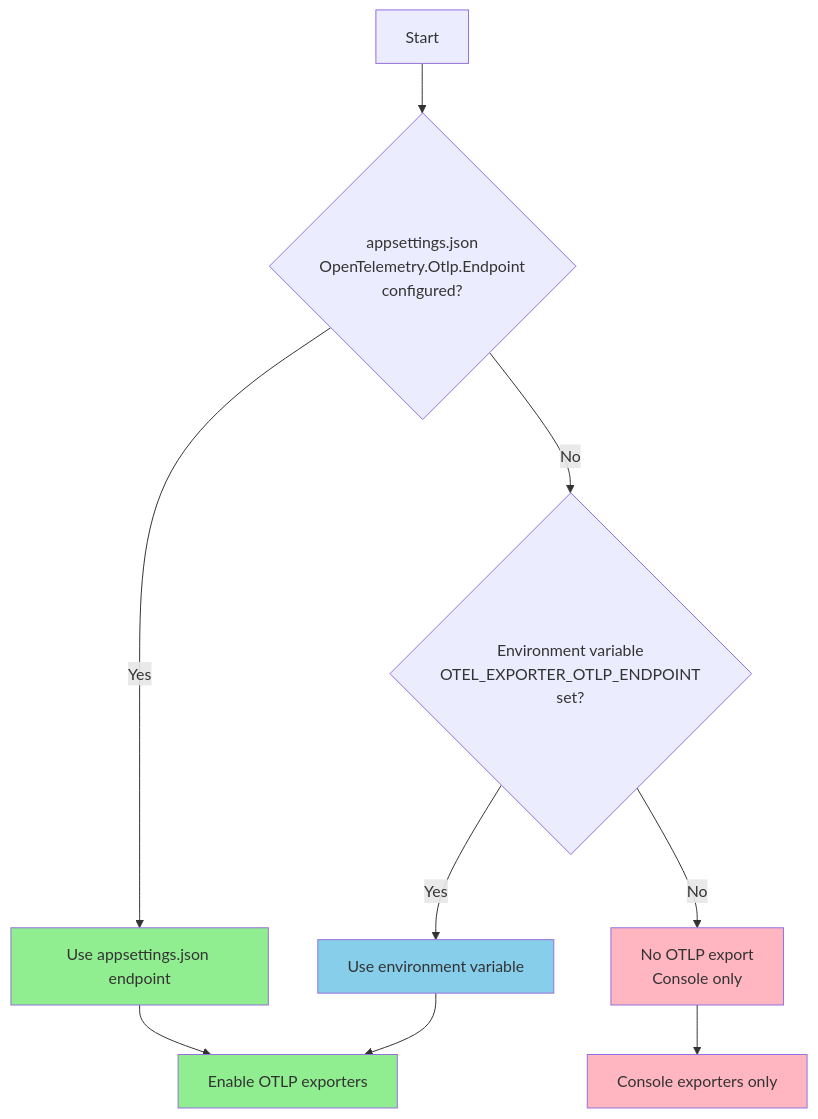
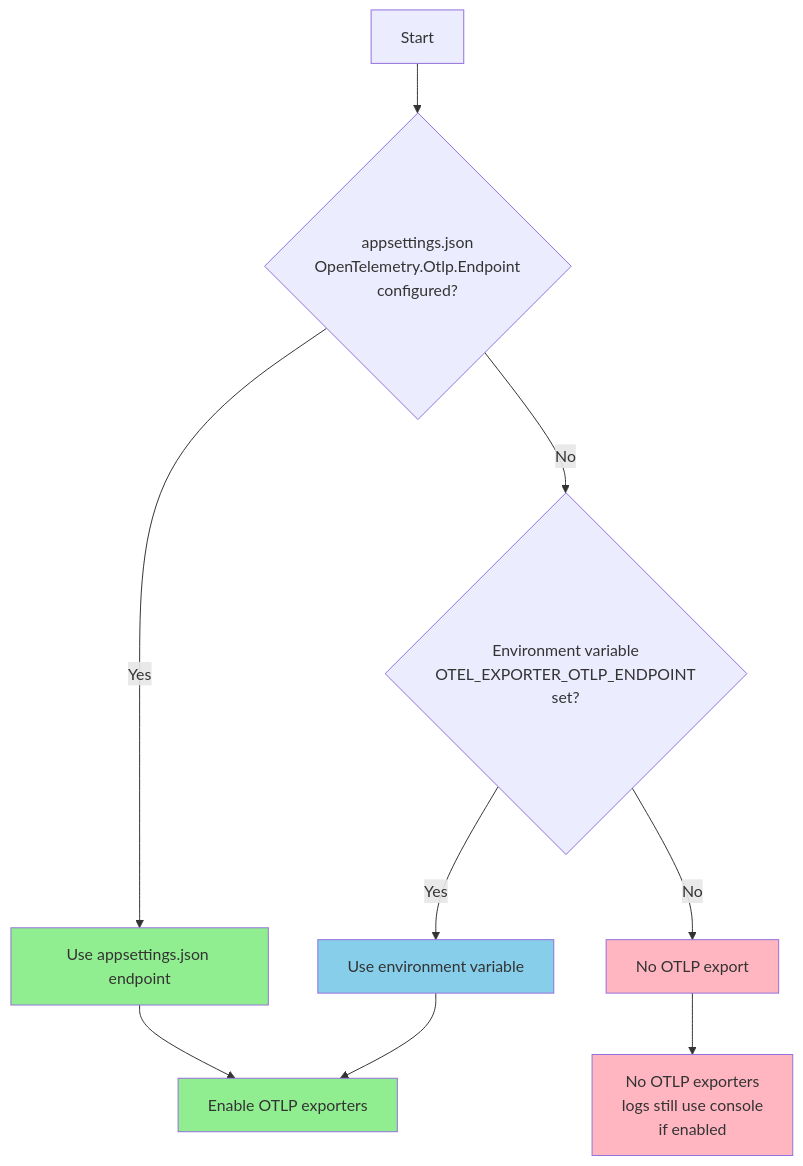
The second of 4 diagrams in hive.opentelemetry/README.md (cloud-tek/hive), drawn with Mermaid before and after one commit. The commit also changed other lines of this file, not shown here.

````diff
--- a/hive.opentelemetry/README.md
+++ b/hive.opentelemetry/README.md
@@ -148,18 +149,18 @@
 ```mermaid
 flowchart TD
     A[Start] --> B{appsettings.json<br/>OpenTelemetry.Otlp.Endpoint<br/>configured?}
     B -->|Yes| C[Use appsettings.json endpoint]
     B -->|No| D{Environment variable<br/>OTEL_EXPORTER_OTLP_ENDPOINT<br/>set?}
     D -->|Yes| E[Use environment variable]
-    D -->|No| F[No OTLP export<br/>Console only]
+    D -->|No| F[No OTLP export]
 
     C --> G[Enable OTLP exporters]
     E --> G
-    F --> H[Console exporters only]
+    F --> H[No OTLP exporters<br/>logs still use console<br/>if enabled]
 
     style C fill:#90EE90
     style E fill:#87CEEB
     style F fill:#FFB6C1
     style G fill:#90EE90
     style H fill:#FFB6C1
 ```
````
